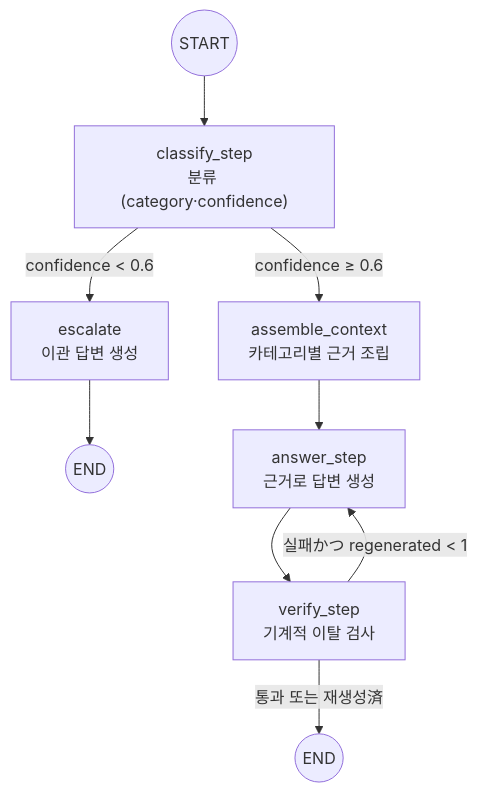
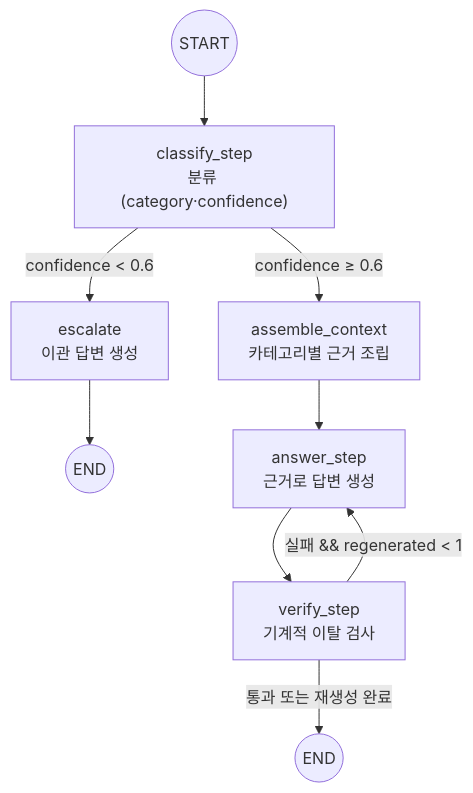
One commit to chictimin/questail-collie changed the diagram in REPORT.md. Above: the diagram before and after it, drawn with Mermaid. The commit also changed other lines of this file, not shown here.

````diff
--- a/REPORT.md
+++ b/REPORT.md
@@ -67,11 +117,11 @@
 ```mermaid
 flowchart TB
     START(("START")) --> CS["classify_step<br/>분류 (category·confidence)"]
     CS -->|confidence < 0.6| ESC["escalate<br/>이관 답변 생성"]
     CS -->|confidence ≥ 0.6| AC["assemble_context<br/>카테고리별 근거 조립"]
     ESC --> END1((END))
     AC --> AS["answer_step<br/>근거로 답변 생성"]
     AS --> VS["verify_step<br/>기계적 이탈 검사"]
-    VS -->|실패かつ regenerated < 1| AS
-    VS -->|통과 또는 재생성済| END2((END))
+    VS -->|실패 && regenerated < 1| AS
+    VS -->|통과 또는 재생성 완료| END2((END))
 ```
````
